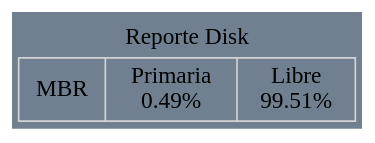
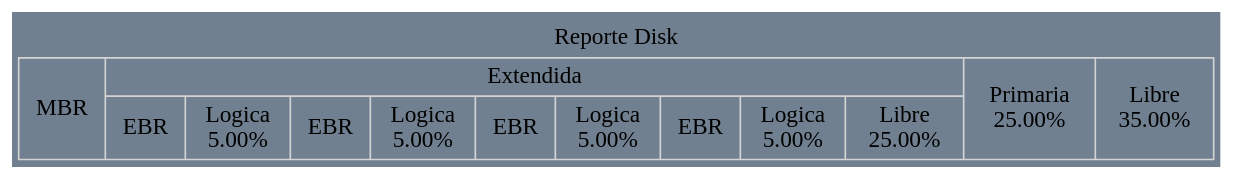
The diagram in ReporteDisk.dot (RamiroTelles/MIA_P1_202010044), drawn with Graphviz before and after one commit. The commit also changed 8 other files, not shown here.

```diff
--- a/ReporteDisk.dot
+++ b/ReporteDisk.dot
@@ -1,2 +1,2 @@
-digraph grid {bgcolor="slategrey" label=" Reporte Disk "layout=dot labelloc = "t"edge [weigth=1000 style=dashed color=red4 dir = "both" arrowtail="open" arrowhead="open"]node[shape=record, color=lightgrey]a0[label="MBR|Primaria\n0.49%\n|Libre\n99.51%\n"];
+digraph grid {bgcolor="slategrey" label=" Reporte Disk "layout=dot labelloc = "t"edge [weigth=1000 style=dashed color=red4 dir = "both" arrowtail="open" arrowhead="open"]node[shape=record, color=lightgrey]a0[label="MBR|{Extendida|{EBR|Logica\n5.00%\n|EBR|Logica\n5.00%\n|EBR|Logica\n5.00%\n|EBR|Logica\n5.00%\n|Libre\n25.00%\n}}|Primaria\n25.00%\n|Libre\n35.00%\n"];
 }
```
